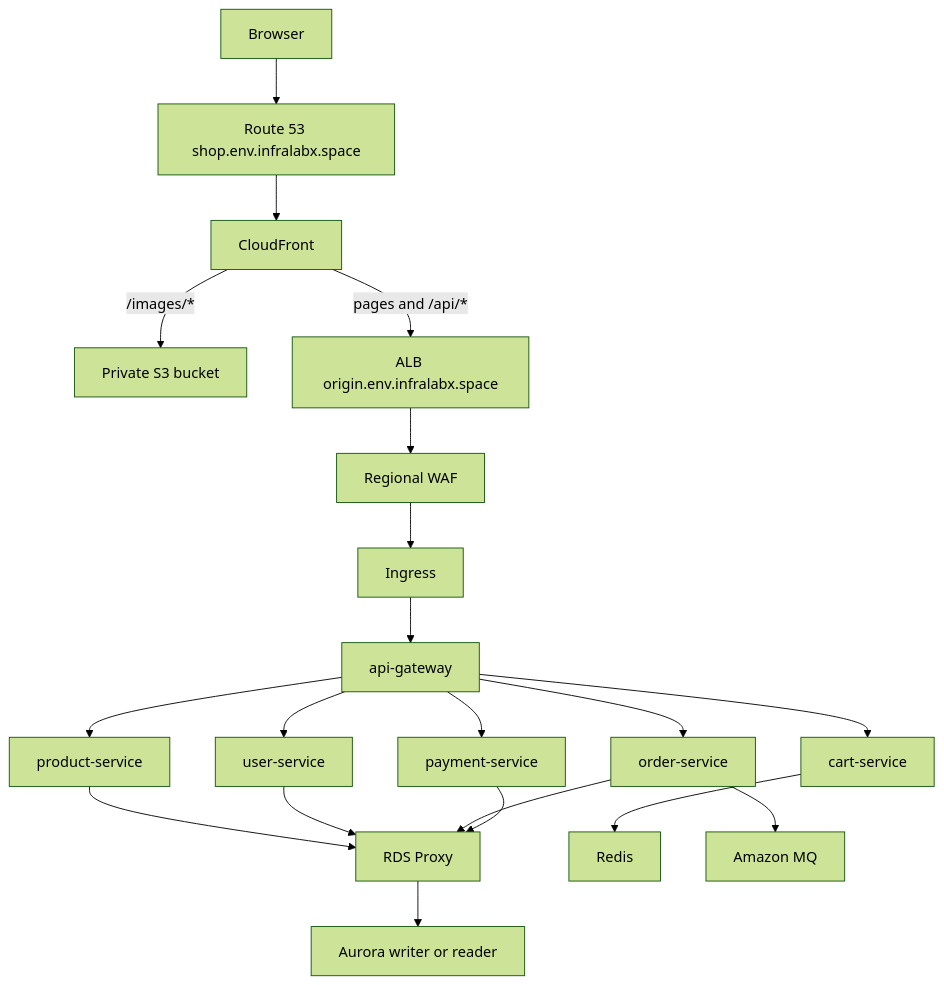
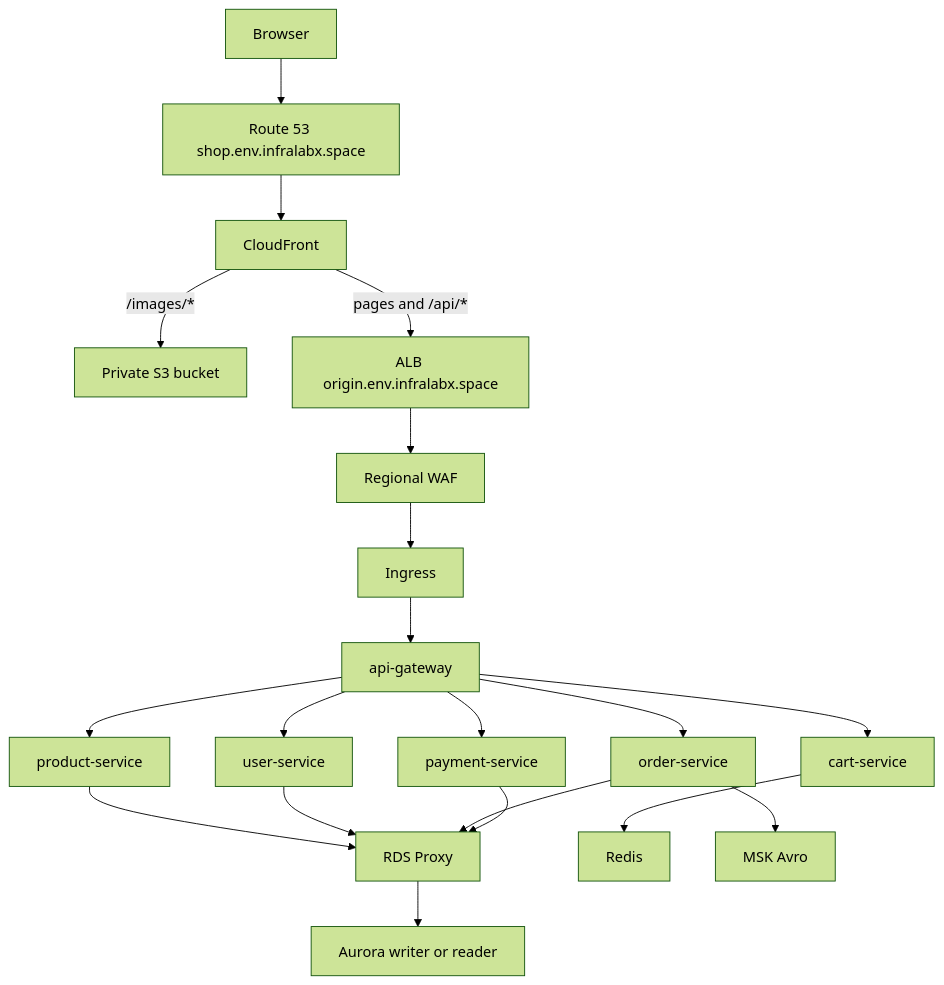
One commit to Johnson9393/shopsphere-infra changed the second of 2 diagrams in README.md. Above: the diagram before and after it, drawn with Mermaid (forest theme). The commit also changed other lines of this file and 26 other files, not shown here.

Commit message:
Replace Amazon MQ with MSK, Cognito, and Glue so the Java services authenticate without passwords.

````diff
--- a/README.md
+++ b/README.md
@@ -91,22 +91,22 @@
 ```mermaid
 flowchart TD
   browser[Browser] --> dns[Route 53 shop.env.infralabx.space]
   dns --> cf[CloudFront]
   cf -->|/images/*| s3[Private S3 bucket]
   cf -->|pages and /api/*| alb[ALB origin.env.infralabx.space]
   alb --> waf[Regional WAF]
   waf --> ing[Ingress]
   ing --> gw[api-gateway]
   gw --> product[product-service]
   gw --> user[user-service]
   gw --> cart[cart-service]
   gw --> order[order-service]
   gw --> pay[payment-service]
   product --> proxy[RDS Proxy]
   user --> proxy
   order --> proxy
   pay --> proxy
   cart --> redis[Redis]
-  order --> mq[Amazon MQ]
+  order --> msk[MSK Avro]
   proxy --> aurora[Aurora writer or reader]
 ```
````
